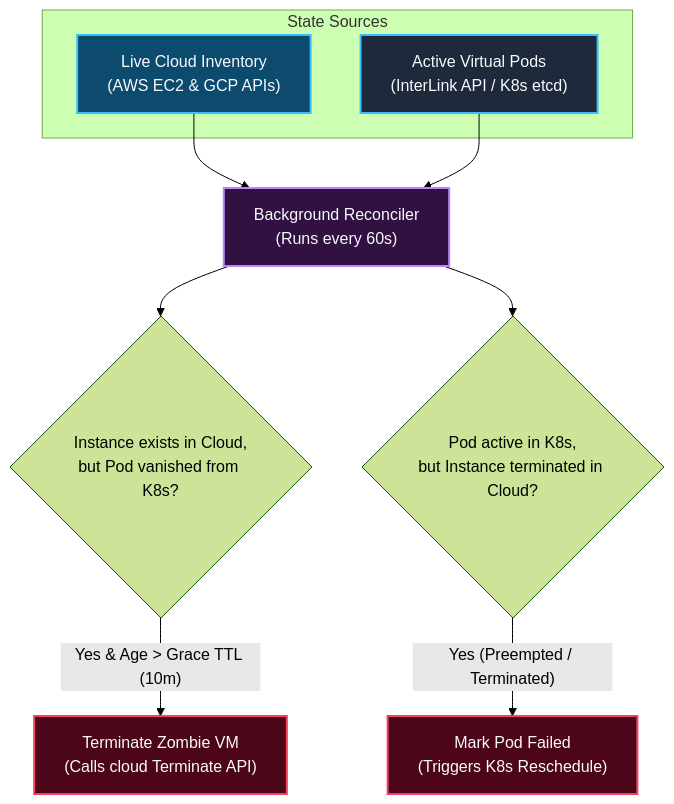
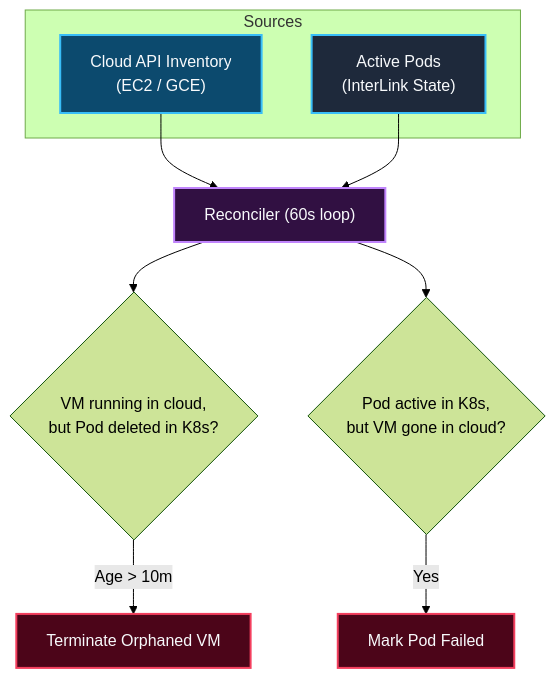
The seventh of 8 diagrams in readme.md (simonepri/interlink-cloudvm-plugin), drawn with Mermaid (forest theme) before and after one commit. The commit also changed other lines of this file, not shown here.

````diff
--- a/readme.md
+++ b/readme.md
@@ -283,28 +243,25 @@
 ```mermaid
 flowchart TD
     classDef rec fill:#311042,stroke:#C084FC,stroke-width:2px,color:#F8FAFC
     classDef k8s fill:#1E293B,stroke:#38BDF8,stroke-width:2px,color:#F8FAFC
     classDef cloud fill:#0C4A6E,stroke:#38BDF8,stroke-width:2px,color:#F8FAFC
     classDef act fill:#4C0519,stroke:#F43F5E,stroke-width:2px,color:#F8FAFC
 
-    subgraph State["State Sources"]
-        CloudInv["Live Cloud Inventory
-(AWS EC2 & GCP APIs)"]:::cloud
-        K8sPods["Active Virtual Pods
-(InterLink API / K8s etcd)"]:::k8s
+    subgraph State["Sources"]
+        CloudInv["Cloud API Inventory
+(EC2 / GCE)"]:::cloud
+        K8sPods["Active Pods
+(InterLink State)"]:::k8s
     end
 
-    CloudInv --> Reconciler["Background Reconciler
-(Runs every 60s)"]:::rec
+    CloudInv --> Reconciler["Reconciler (60s loop)"]:::rec
     K8sPods --> Reconciler
 
-    Reconciler --> Check1{"Instance exists in Cloud,
-but Pod vanished from K8s?"}
-    Check1 -->|"Yes & Age > Grace TTL (10m)"| KillZombie["Terminate Zombie VM
-(Calls cloud Terminate API)"]:::act
+    Reconciler --> Check1{"VM running in cloud,
+but Pod deleted in K8s?"}
+    Check1 -->|"Age > 10m"| KillZombie["Terminate Orphaned VM"]:::act
 
     Reconciler --> Check2{"Pod active in K8s,
-but Instance terminated in Cloud?"}
-    Check2 -->|"Yes (Preempted / Terminated)"| EvictPod["Mark Pod Failed
-(Triggers K8s Reschedule)"]:::act
+but VM gone in cloud?"}
+    Check2 -->|Yes| EvictPod["Mark Pod Failed"]:::act
 ```
````
